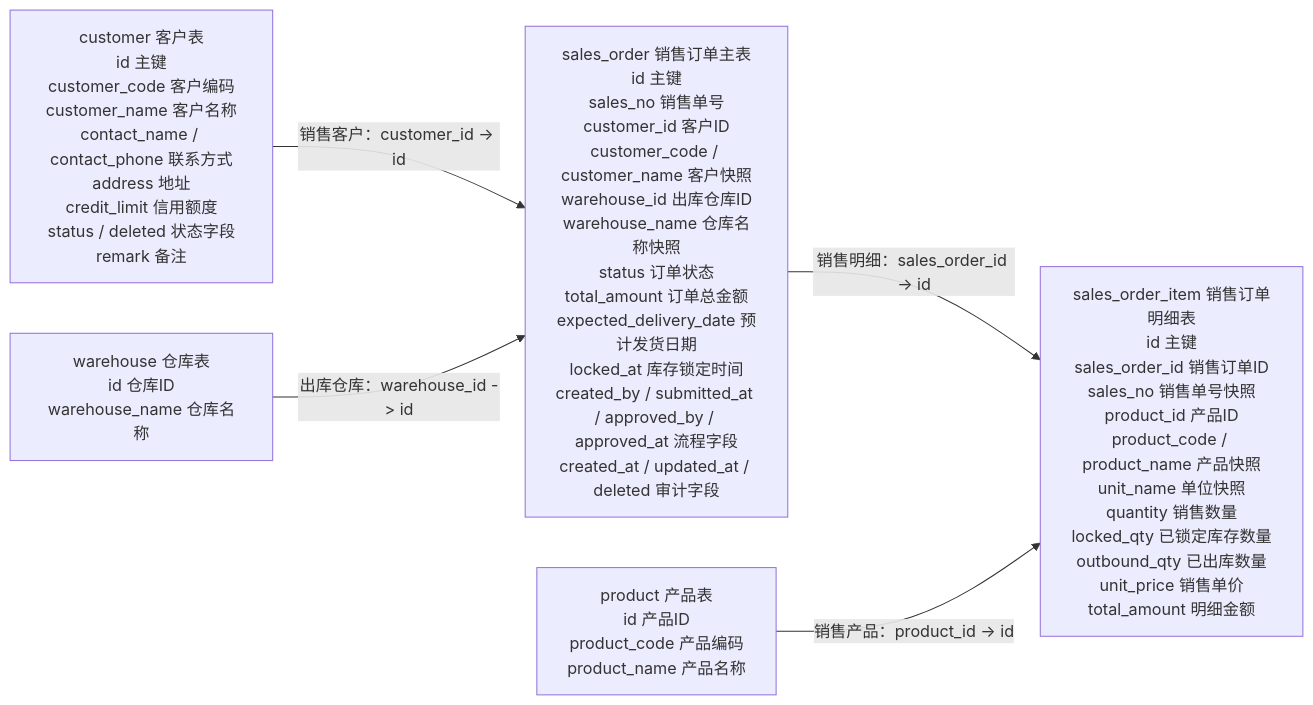
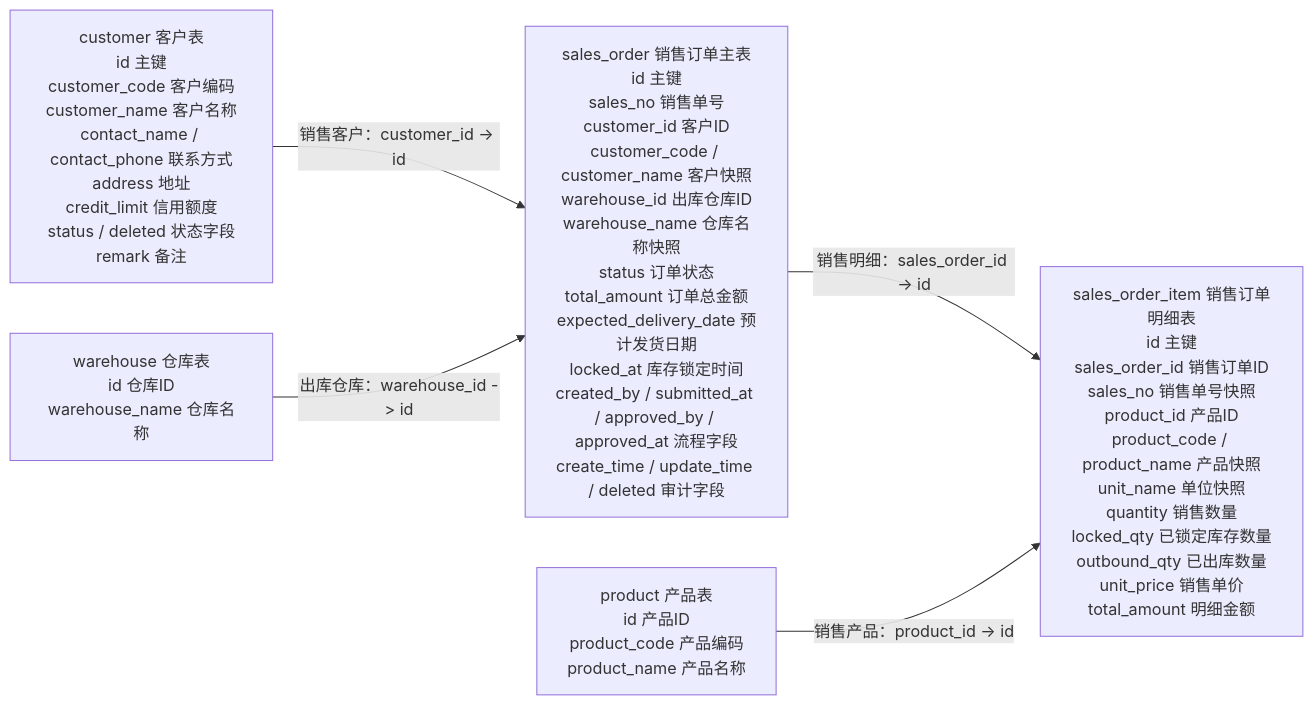
Before and after one commit to LI-S-H/qiheng-erp: the ninth of 11 diagrams in docs/database/mvp-database-design-overview.md, drawn with Mermaid. The commit also changed other lines of this file and 69 other files, not shown here.

````diff
--- a/docs/database/mvp-database-design-overview.md
+++ b/docs/database/mvp-database-design-overview.md
@@ -731,13 +731,13 @@
 ```mermaid
 flowchart LR
     customer["customer 客户表<br/>id 主键<br/>customer_code 客户编码<br/>customer_name 客户名称<br/>contact_name / contact_phone 联系方式<br/>address 地址<br/>credit_limit 信用额度<br/>status / deleted 状态字段<br/>remark 备注"]
-    salesOrder["sales_order 销售订单主表<br/>id 主键<br/>sales_no 销售单号<br/>customer_id 客户ID<br/>customer_code / customer_name 客户快照<br/>warehouse_id 出库仓库ID<br/>warehouse_name 仓库名称快照<br/>status 订单状态<br/>total_amount 订单总金额<br/>expected_delivery_date 预计发货日期<br/>locked_at 库存锁定时间<br/>created_by / submitted_at / approved_by / approved_at 流程字段<br/>created_at / updated_at / deleted 审计字段"]
+    salesOrder["sales_order 销售订单主表<br/>id 主键<br/>sales_no 销售单号<br/>customer_id 客户ID<br/>customer_code / customer_name 客户快照<br/>warehouse_id 出库仓库ID<br/>warehouse_name 仓库名称快照<br/>status 订单状态<br/>total_amount 订单总金额<br/>expected_delivery_date 预计发货日期<br/>locked_at 库存锁定时间<br/>created_by / submitted_at / approved_by / approved_at 流程字段<br/>create_time / update_time / deleted 审计字段"]
     salesItem["sales_order_item 销售订单明细表<br/>id 主键<br/>sales_order_id 销售订单ID<br/>sales_no 销售单号快照<br/>product_id 产品ID<br/>product_code / product_name 产品快照<br/>unit_name 单位快照<br/>quantity 销售数量<br/>locked_qty 已锁定库存数量<br/>outbound_qty 已出库数量<br/>unit_price 销售单价<br/>total_amount 明细金额"]
     productRef["product 产品表<br/>id 产品ID<br/>product_code 产品编码<br/>product_name 产品名称"]
     warehouseRef["warehouse 仓库表<br/>id 仓库ID<br/>warehouse_name 仓库名称"]
 
     customer -->|"销售客户：customer_id -> id"| salesOrder
     warehouseRef -->|"出库仓库：warehouse_id -> id"| salesOrder
     salesOrder -->|"销售明细：sales_order_id -> id"| salesItem
     productRef -->|"销售产品：product_id -> id"| salesItem
 ```
````
